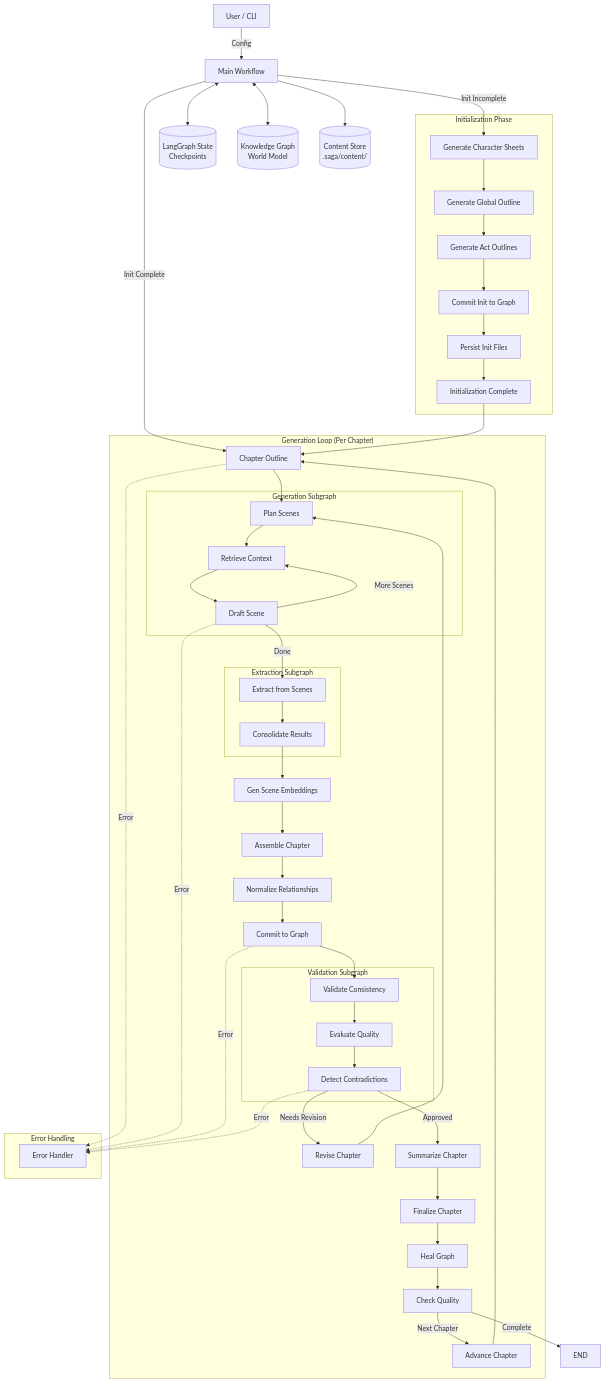
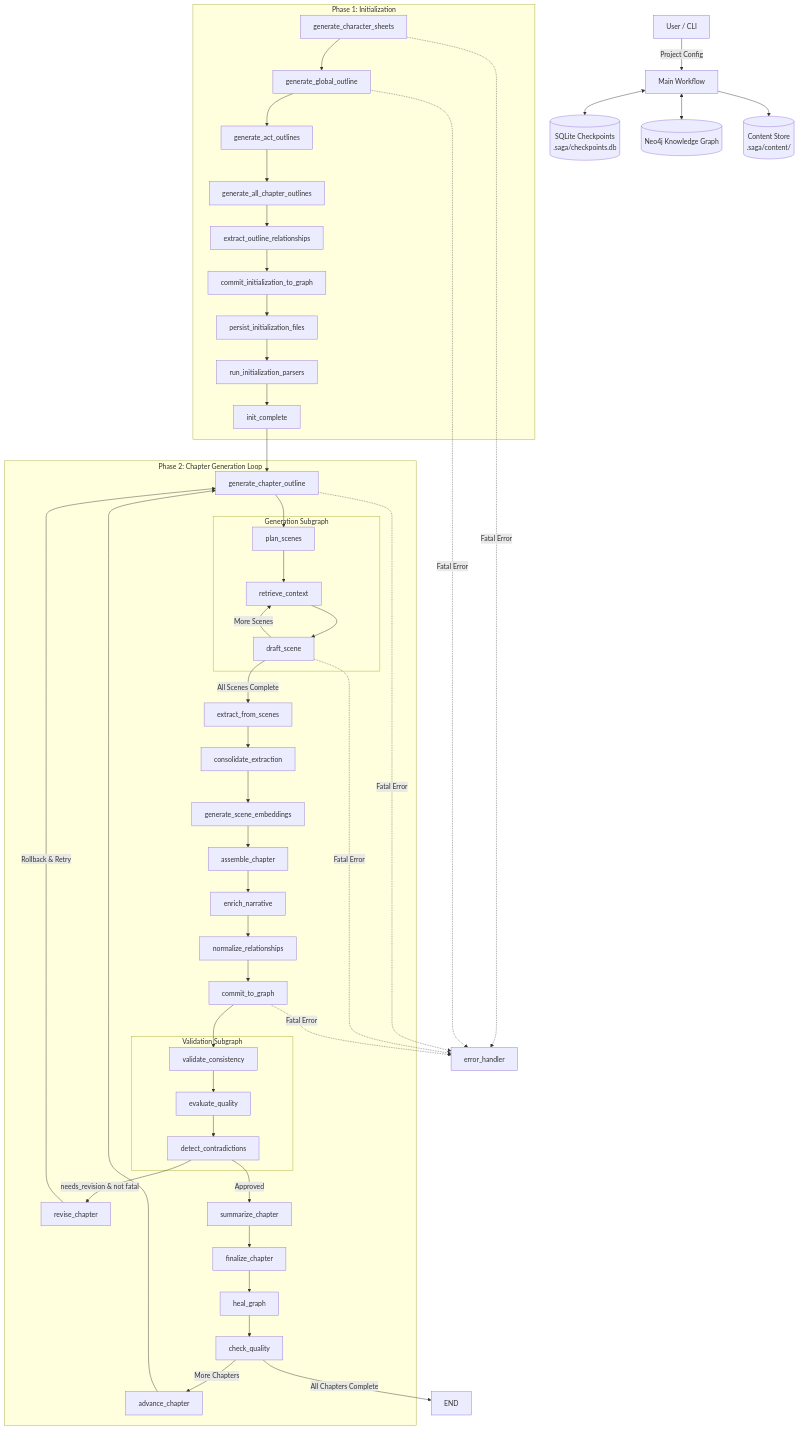
The diagram in docs/langgraph-architecture.md (Lanerra/saga), drawn with Mermaid before and after one commit. The commit also changed other lines of this file, not shown here.

First line of the commit message:
docs: rewrite LangGraph architecture documentation

````diff
--- a/docs/langgraph-architecture.md
+++ b/docs/langgraph-architecture.md
@@ -36,82 +22,80 @@
 ```mermaid
 graph TD
-    User[User / CLI] -->|Config| Main[Main Workflow]
-
-    subgraph "Initialization Phase"
-        InitChar[Generate Character Sheets]
-        InitGlob[Generate Global Outline]
-        InitActs[Generate Act Outlines]
-        InitCommit[Commit Init to Graph]
-        InitPersist[Persist Init Files]
-        InitComplete[Initialization Complete]
+    User[User / CLI] -->|Project Config| Main[Main Workflow]
+    
+    subgraph "Phase 1: Initialization"
+        InitChar[generate_character_sheets]
+        InitGlob[generate_global_outline]
+        InitActs[generate_act_outlines]
+        InitChaps[generate_all_chapter_outlines]
+        InitRel[extract_outline_relationships]
+        InitCommit[commit_initialization_to_graph]
+        InitPersist[persist_initialization_files]
+        InitParse[run_initialization_parsers]
+        InitComplete[init_complete]
     end
-
-    subgraph "Generation Loop (Per Chapter)"
-        ChapOutline[Chapter Outline]
+    
+    subgraph "Phase 2: Chapter Generation Loop"
+        ChapOutline[generate_chapter_outline]
         
         subgraph "Generation Subgraph"
-            PlanScenes[Plan Scenes]
-            Retrieve[Retrieve Context]
-            Draft[Draft Scene]
+            PlanScenes[plan_scenes]
+            Retrieve[retrieve_context]
+            Draft[draft_scene]
         end
         
-        subgraph "Extraction Subgraph"
-            ExtractScene[Extract from Scenes]
-            Consolidate[Consolidate Results]
+        Extract[extract_from_scenes]
+        Consolidate[consolidate_extraction]
+        Embed[generate_scene_embeddings]
+        Assemble[assemble_chapter]
+        Enrich[enrich_narrative]
+        Normalize[normalize_relationships]
+        Commit[commit_to_graph]
+        
+        subgraph "Validation Subgraph"
+            Validate[validate_consistency]
+            Eval[evaluate_quality]
+            Detect[detect_contradictions]
         end
         
-        Embed[Gen Scene Embeddings]
-        Assemble[Assemble Chapter]
-        Normalize[Normalize Relationships]
-        Commit[Commit to Graph]
-        
-        subgraph "Validation Subgraph"
-            Validate[Validate Consistency]
-            Eval[Evaluate Quality]
-            Detect[Detect Contradictions]
-        end
-        
-        Revise[Revise Chapter]
-        Summarize[Summarize Chapter]
-        Finalize[Finalize Chapter]
-        Heal[Heal Graph]
-        QA[Check Quality]
-        Advance[Advance Chapter]
+        Revise[revise_chapter]
+        Summarize[summarize_chapter]
+        Finalize[finalize_chapter]
+        Heal[heal_graph]
+        QA[check_quality]
+        Advance[advance_chapter]
     end
-
-    subgraph "Error Handling"
-        ErrorHandler[Error Handler]
-    end
-
-    Main <--> SQLite[(LangGraph State\nCheckpoints)]
-    Main <--> Neo4j[(Knowledge Graph\nWorld Model)]
-    Main --> Content[(Content Store\n.saga/content/)]
-
-    %% Routing
-    Main -->|Init Incomplete| InitChar
-    Main -->|Init Complete| ChapOutline
-
+    
+    ErrorHandler[error_handler]
+    
+    Main <--> SQLite[(SQLite Checkpoints<br/>.saga/checkpoints.db)]
+    Main <--> Neo4j[(Neo4j Knowledge Graph)]
+    Main --> Content[(Content Store<br/>.saga/content/)]
+    
     %% Initialization Flow
-    InitChar --> InitGlob --> InitActs --> InitCommit --> InitPersist --> InitComplete --> ChapOutline
-
+    InitChar --> InitGlob --> InitActs --> InitChaps --> InitRel --> InitCommit --> InitPersist --> InitParse --> InitComplete --> ChapOutline
+    
     %% Generation Flow
     ChapOutline --> PlanScenes
     PlanScenes --> Retrieve --> Draft
     Draft -->|More Scenes| Retrieve
-    Draft -->|Done| ExtractScene
+    Draft -->|All Scenes Complete| Extract
     
-    ExtractScene --> Consolidate --> Embed --> Assemble --> Normalize --> Commit --> Validate
+    Extract --> Consolidate --> Embed --> Assemble --> Enrich --> Normalize --> Commit --> Validate
     
     Validate --> Eval --> Detect
-    Detect -->|Needs Revision| Revise --> PlanScenes
+    Detect -->|needs_revision & not fatal| Revise
     Detect -->|Approved| Summarize --> Finalize --> Heal --> QA
     
-    QA -->|Next Chapter| Advance --> ChapOutline
-    QA -->|Complete| END
-
-    %% Error Paths (Simplified)
-    ChapOutline -.->|Error| ErrorHandler
-    Draft -.->|Error| ErrorHandler
-    Commit -.->|Error| ErrorHandler
-    Detect -.->|Error| ErrorHandler
+    Revise -->|Rollback & Retry| ChapOutline
+    
+    QA -->|More Chapters| Advance --> ChapOutline
+    QA -->|All Chapters Complete| END
+    
+    %% Error Paths
+    InitChar -.->|Fatal Error| ErrorHandler
+    InitGlob -.->|Fatal Error| ErrorHandler
+    ChapOutline -.->|Fatal Error| ErrorHandler
+    Draft -.->|Fatal Error| ErrorHandler
+    Commit -.->|Fatal Error| ErrorHandler
 ```
````
